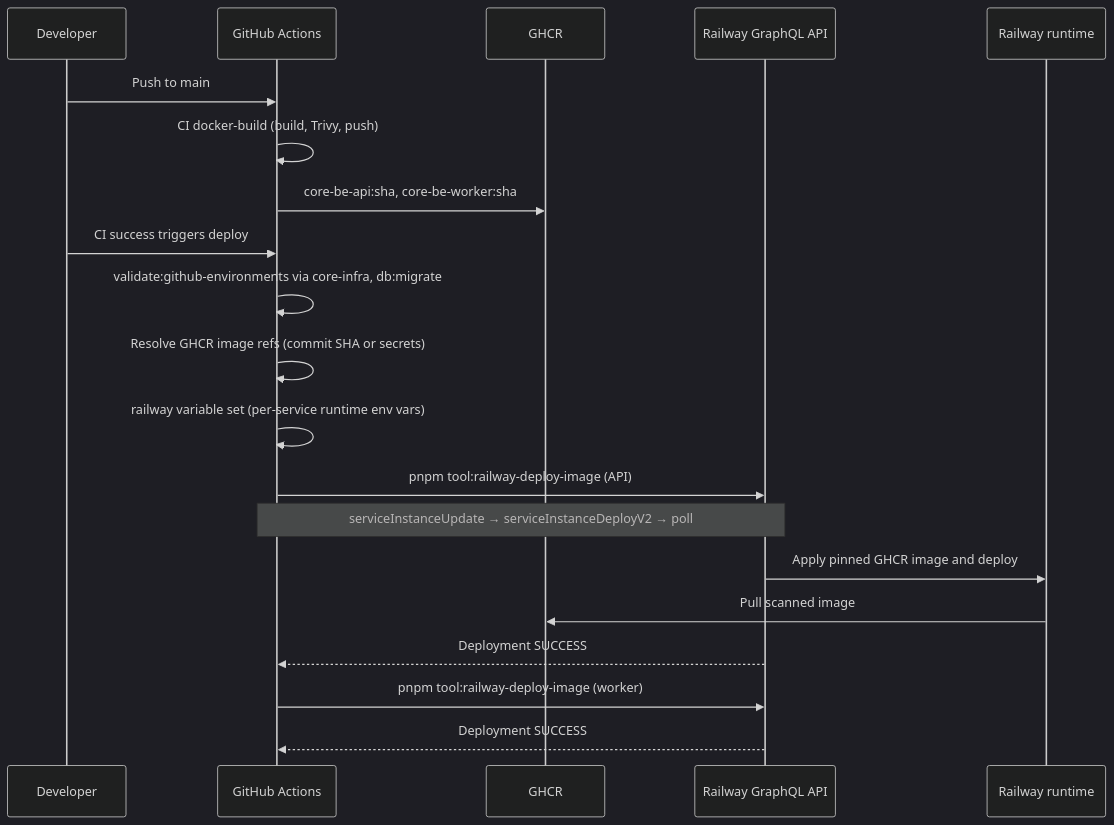
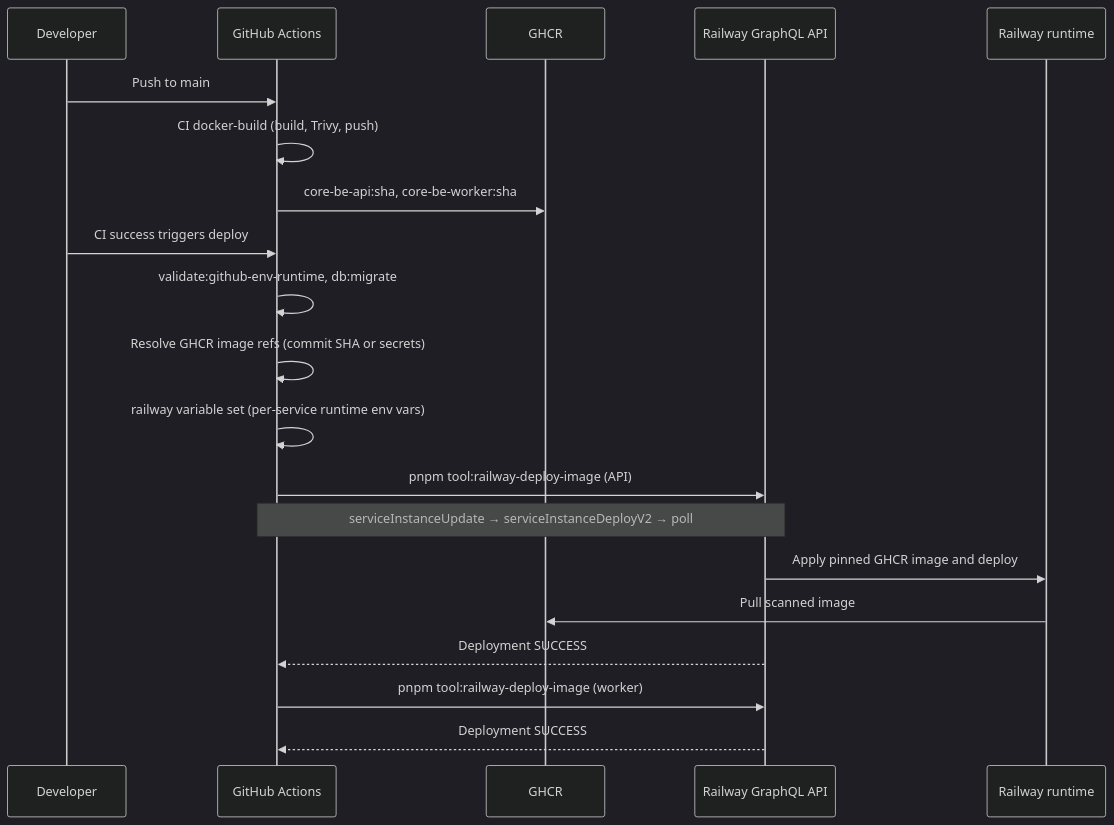
One commit to nikunjmavani/core-be changed the fourth of 6 diagrams in docs/deployment/ci-cd/cicd-and-deployment.md. Above: the diagram before and after it, drawn with Mermaid (dark theme). The commit also changed other lines of this file and 23 other files, not shown here.

````diff
--- a/docs/deployment/ci-cd/cicd-and-deployment.md
+++ b/docs/deployment/ci-cd/cicd-and-deployment.md
@@ -196,23 +196,23 @@
 ```mermaid
 sequenceDiagram
   participant Dev as Developer
   participant GH as GitHub Actions
   participant GHCR as GHCR
   participant RailwayAPI as Railway GraphQL API
   participant Railway as Railway runtime
 
   Dev->>GH: Push to main
   GH->>GH: CI docker-build (build, Trivy, push)
   GH->>GHCR: core-be-api:sha, core-be-worker:sha
   Dev->>GH: CI success triggers deploy
-  GH->>GH: validate:github-environments via core-infra, db:migrate
+  GH->>GH: validate:github-env-runtime, db:migrate
   GH->>GH: Resolve GHCR image refs (commit SHA or secrets)
   GH->>GH: railway variable set (per-service runtime env vars)
   GH->>RailwayAPI: pnpm tool:railway-deploy-image (API)
   Note over GH,RailwayAPI: serviceInstanceUpdate → serviceInstanceDeployV2 → poll
   RailwayAPI->>Railway: Apply pinned GHCR image and deploy
   Railway->>GHCR: Pull scanned image
   RailwayAPI-->>GH: Deployment SUCCESS
   GH->>RailwayAPI: pnpm tool:railway-deploy-image (worker)
   RailwayAPI-->>GH: Deployment SUCCESS
 ```
````
